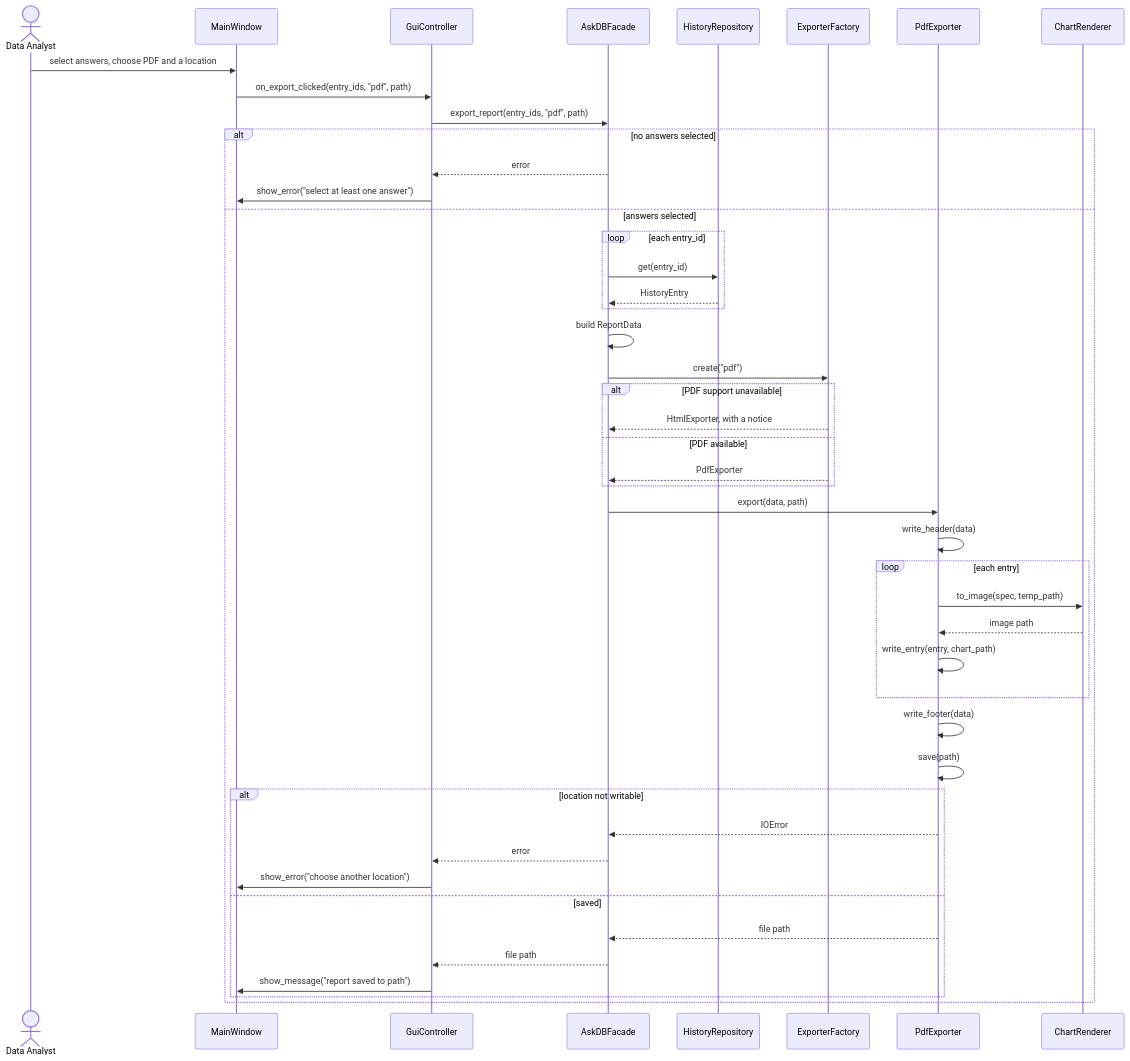
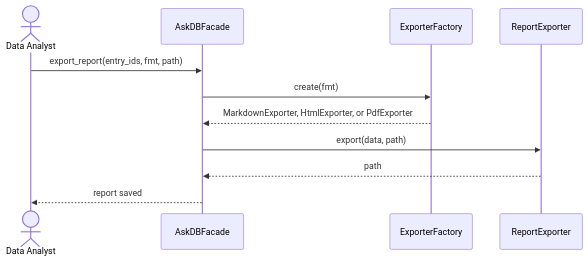
Before and after one commit to krishi-shah/AskDB-Data-Analyst-Agent: diagram 13 of 15 in docs/Stage1_Design_Report.md, drawn with Mermaid. The commit also changed other lines of this file, not shown here.

Commit message:
Name the missing design principles and keep only the UML diagrams Stage 1 asks for.

````diff
--- a/docs/Stage1_Design_Report.md
+++ b/docs/Stage1_Design_Report.md
@@ -2165,49 +1181,14 @@
 ```mermaid
 sequenceDiagram
     actor A as Data Analyst
-    participant MW as MainWindow
-    participant GC as GuiController
     participant F as AskDBFacade
-    participant HR as HistoryRepository
     participant EF as ExporterFactory
-    participant EX as PdfExporter
-    participant CRN as ChartRenderer
+    participant EX as ReportExporter
 
-    A->>MW: select answers, choose PDF and a location
-    MW->>GC: on_export_clicked(entry_ids, "pdf", path)
-    GC->>F: export_report(entry_ids, "pdf", path)
-    alt no answers selected
-        F-->>GC: error
-        GC->>MW: show_error("select at least one answer")
-    else answers selected
-        loop each entry_id
-            F->>HR: get(entry_id)
-            HR-->>F: HistoryEntry
-        end
-        F->>F: build ReportData
-        F->>EF: create("pdf")
-        alt PDF support unavailable
-            EF-->>F: HtmlExporter, with a notice
-        else PDF available
-            EF-->>F: PdfExporter
-        end
-        F->>EX: export(data, path)
-        EX->>EX: write_header(data)
-        loop each entry
-            EX->>CRN: to_image(spec, temp_path)
-            CRN-->>EX: image path
-            EX->>EX: write_entry(entry, chart_path)
-        end
-        EX->>EX: write_footer(data)
-        EX->>EX: save(path)
-        alt location not writable
-            EX-->>F: IOError
-            F-->>GC: error
-            GC->>MW: show_error("choose another location")
-        else saved
-            EX-->>F: file path
-            F-->>GC: file path
-            GC->>MW: show_message("report saved to path")
-        end
-    end
+    A->>F: export_report(entry_ids, fmt, path)
+    F->>EF: create(fmt)
+    EF-->>F: MarkdownExporter, HtmlExporter, or PdfExporter
+    F->>EX: export(data, path)
+    EX-->>F: path
+    F-->>A: report saved
 ```
````
